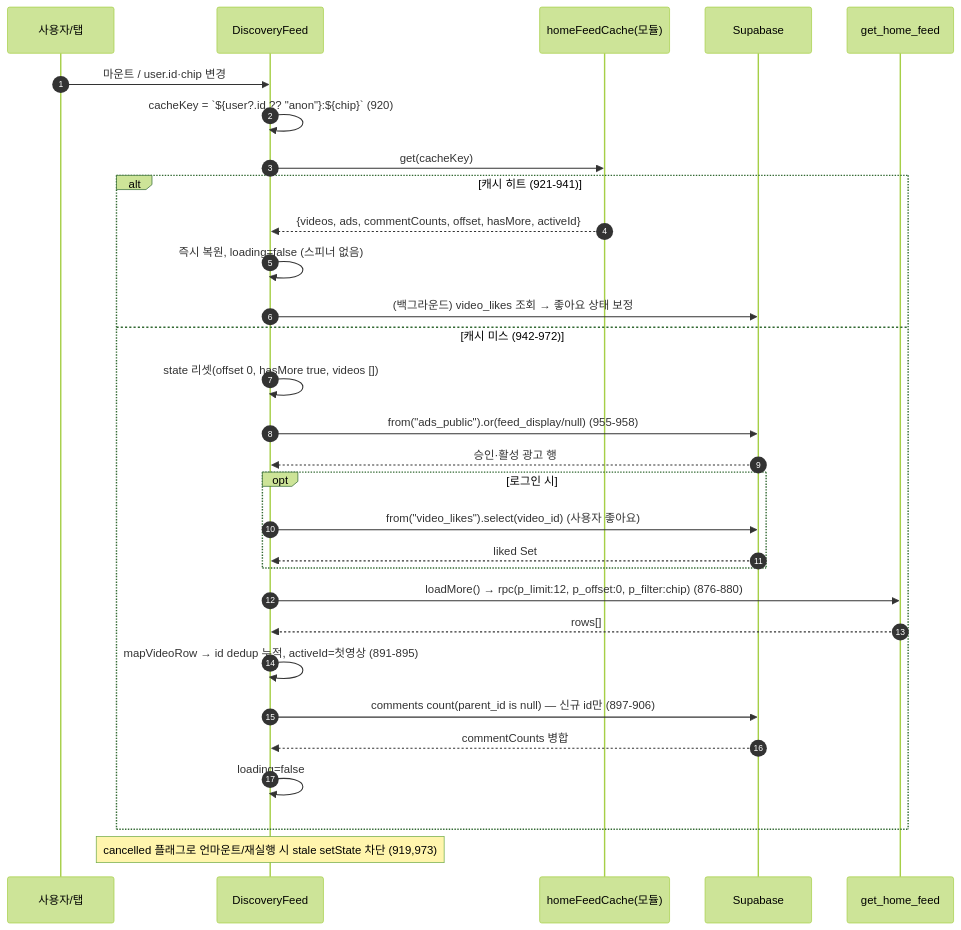
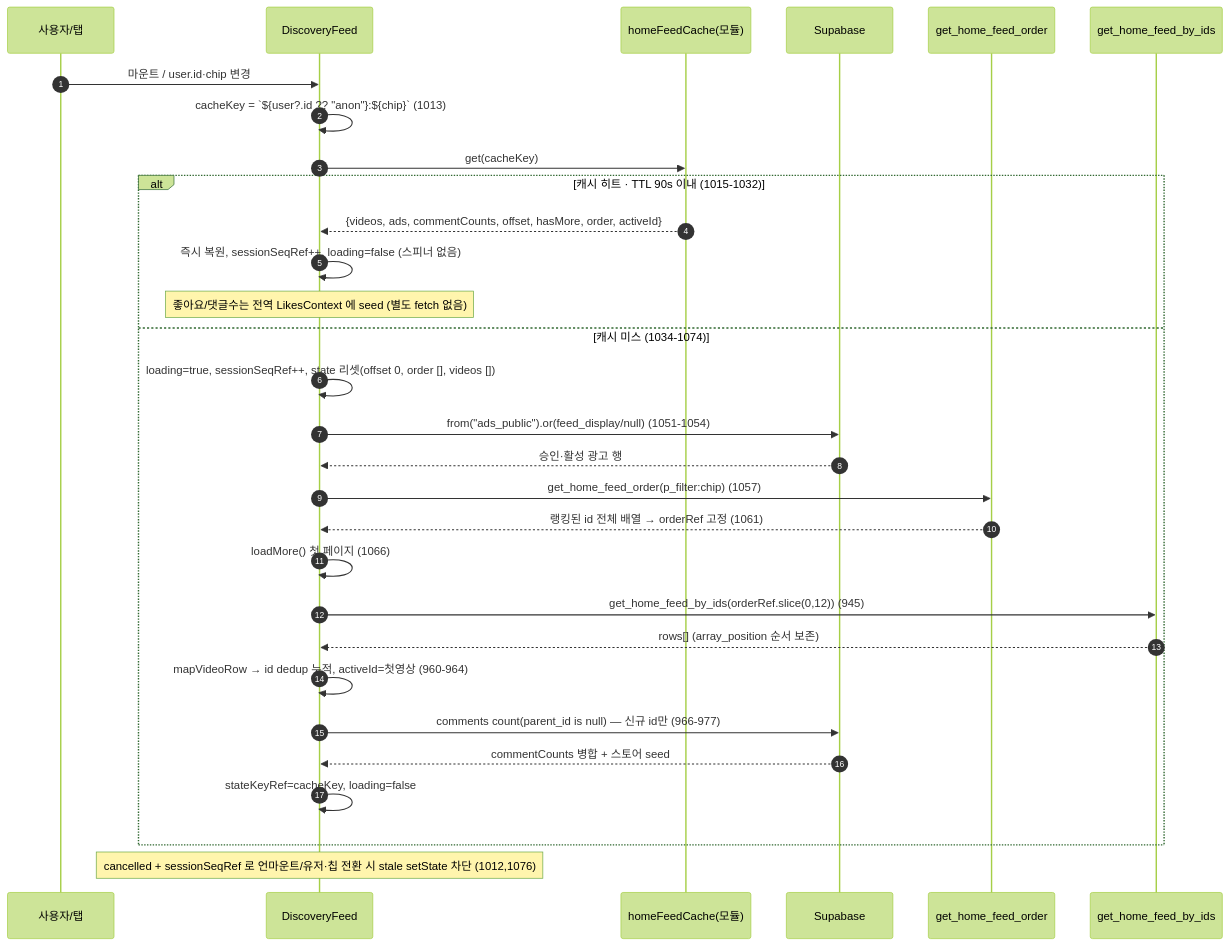
The first of 6 diagrams in docs/prd/02-home-feed.md (crebiz-commits/ai-v-market), drawn with Mermaid (forest theme) before and after one commit. The commit also changed other lines of this file, not shown here.

First line of the commit message:
docs(prd): 홈피드 명세를 frozen-order 아키텍처로 동기화

````diff
--- a/docs/prd/02-home-feed.md
+++ b/docs/prd/02-home-feed.md
@@ -371,33 +395,33 @@
 ```mermaid
 sequenceDiagram
     autonumber
     participant U as 사용자/탭
     participant DF as DiscoveryFeed
     participant C as homeFeedCache(모듈)
     participant SB as Supabase
-    participant RPC as get_home_feed
+    participant ORD as get_home_feed_order
+    participant IDS as get_home_feed_by_ids
 
     U->>DF: 마운트 / user.id·chip 변경
-    DF->>DF: cacheKey = `${user?.id ?? "anon"}:${chip}` (920)
+    DF->>DF: cacheKey = `${user?.id ?? "anon"}:${chip}` (1013)
     DF->>C: get(cacheKey)
-    alt 캐시 히트 (921-941)
-        C-->>DF: {videos, ads, commentCounts, offset, hasMore, activeId}
-        DF->>DF: 즉시 복원, loading=false (스피너 없음)
-        DF->>SB: (백그라운드) video_likes 조회 → 좋아요 상태 보정
-    else 캐시 미스 (942-972)
-        DF->>DF: state 리셋(offset 0, hasMore true, videos [])
-        DF->>SB: from("ads_public").or(feed_display/null) (955-958)
+    alt 캐시 히트 · TTL 90s 이내 (1015-1032)
+        C-->>DF: {videos, ads, commentCounts, offset, hasMore, order, activeId}
+        DF->>DF: 즉시 복원, sessionSeqRef++, loading=false (스피너 없음)
+        note over DF: 좋아요/댓글수는 전역 LikesContext 에 seed (별도 fetch 없음)
+    else 캐시 미스 (1034-1074)
+        DF->>DF: loading=true, sessionSeqRef++, state 리셋(offset 0, order [], videos [])
+        DF->>SB: from("ads_public").or(feed_display/null) (1051-1054)
         SB-->>DF: 승인·활성 광고 행
-        opt 로그인 시
-            DF->>SB: from("video_likes").select(video_id) (사용자 좋아요)
-            SB-->>DF: liked Set
-        end
-        DF->>RPC: loadMore() → rpc(p_limit:12, p_offset:0, p_filter:chip) (876-880)
-        RPC-->>DF: rows[]
-        DF->>DF: mapVideoRow → id dedup 누적, activeId=첫영상 (891-895)
-        DF->>SB: comments count(parent_id is null) — 신규 id만 (897-906)
-        SB-->>DF: commentCounts 병합
-        DF->>DF: loading=false
+        DF->>ORD: get_home_feed_order(p_filter:chip) (1057)
+        ORD-->>DF: 랭킹된 id 전체 배열 → orderRef 고정 (1061)
+        DF->>DF: loadMore() 첫 페이지 (1066)
+        DF->>IDS: get_home_feed_by_ids(orderRef.slice(0,12)) (945)
+        IDS-->>DF: rows[] (array_position 순서 보존)
+        DF->>DF: mapVideoRow → id dedup 누적, activeId=첫영상 (960-964)
+        DF->>SB: comments count(parent_id is null) — 신규 id만 (966-977)
+        SB-->>DF: commentCounts 병합 + 스토어 seed
+        DF->>DF: stateKeyRef=cacheKey, loading=false
     end
-    note over DF: cancelled 플래그로 언마운트/재실행 시 stale setState 차단 (919,973)
+    note over DF: cancelled + sessionSeqRef 로 언마운트/유저·칩 전환 시 stale setState 차단 (1012,1076)
 ```
````
